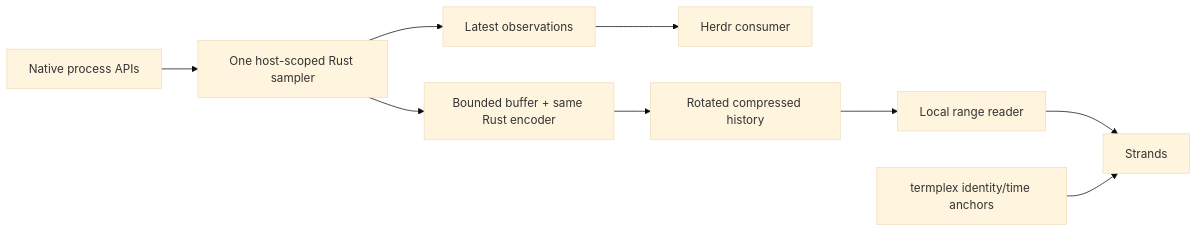
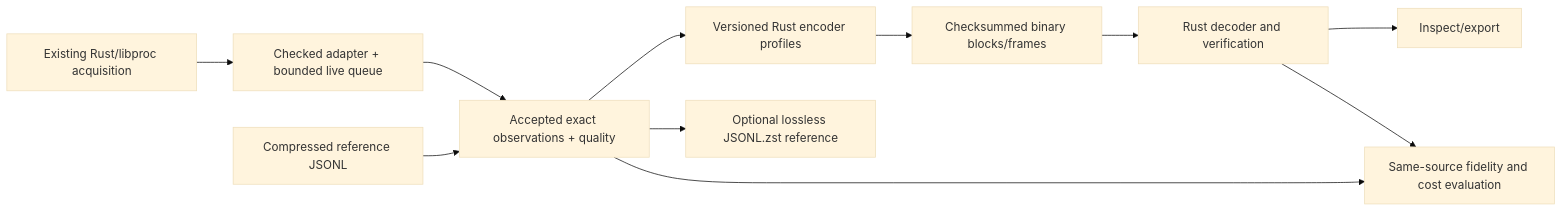
Before and after one commit to unphased/vim-config: the diagram in herdr-plugins/pane-load/RECORDING_PLAN.md, drawn with Mermaid (base theme). The commit also changed other lines of this file, not shown here.

````diff
--- a/herdr-plugins/pane-load/RECORDING_PLAN.md
+++ b/herdr-plugins/pane-load/RECORDING_PLAN.md
@@ -33,11 +11,13 @@
 ```mermaid
 flowchart LR
-  OS[Native process APIs] --> S[One host-scoped Rust sampler]
-  S --> L[Latest observations]
-  L --> H[Herdr consumer]
-  S --> B[Bounded buffer + same Rust encoder]
-  B --> A[Rotated compressed history]
-  A --> Q[Local range reader]
-  Q --> V[Strands]
-  T[termplex identity/time anchors] --> V
+  OS[Existing Rust/libproc acquisition] --> Q[Checked adapter + bounded live queue]
+  Q --> O[Accepted exact observations + quality]
+  J[Compressed reference JSONL] --> O
+  O --> E[Versioned Rust encoder profiles]
+  O --> R[Optional lossless JSONL.zst reference]
+  E --> B[Checksummed binary blocks/frames]
+  B --> D[Rust decoder and verification]
+  D --> I[Inspect/export]
+  O --> V[Same-source fidelity and cost evaluation]
+  D --> V
 ```
````
